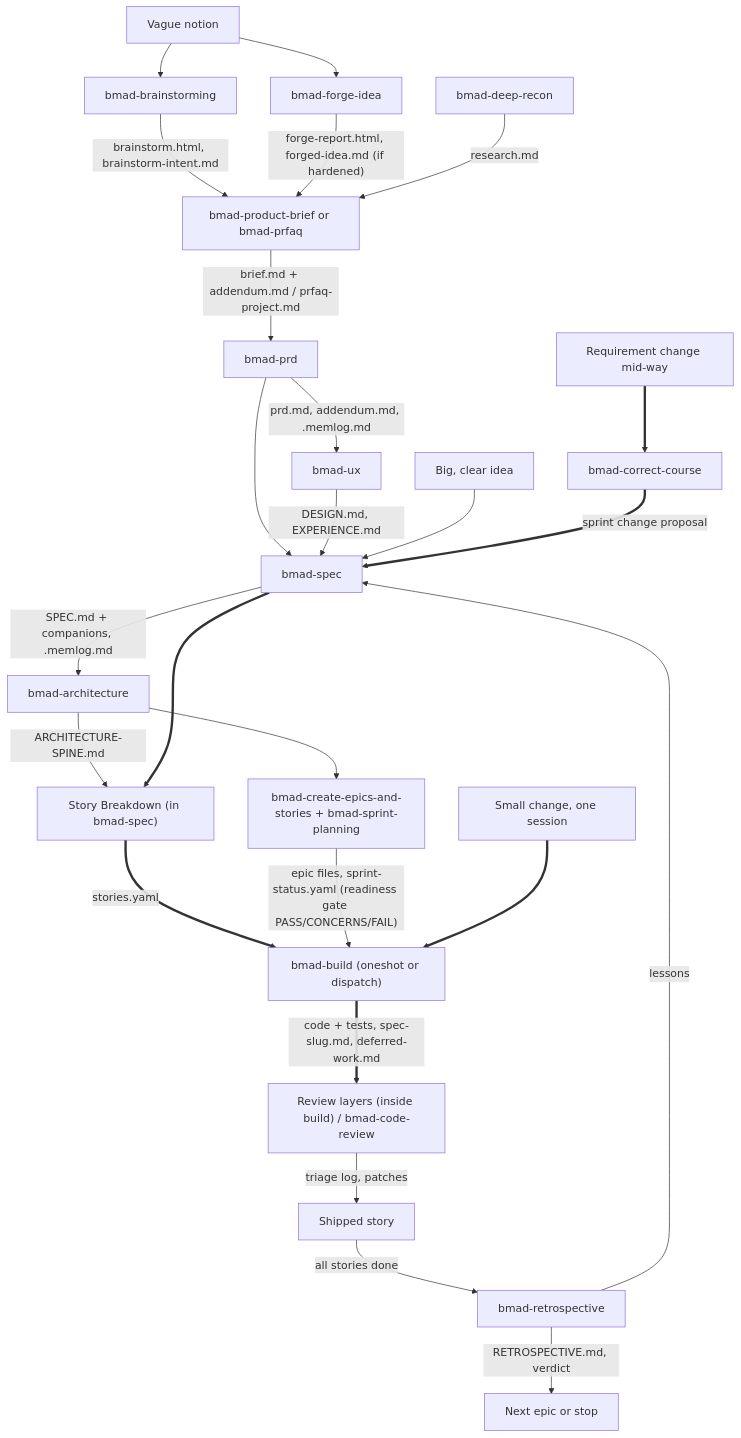
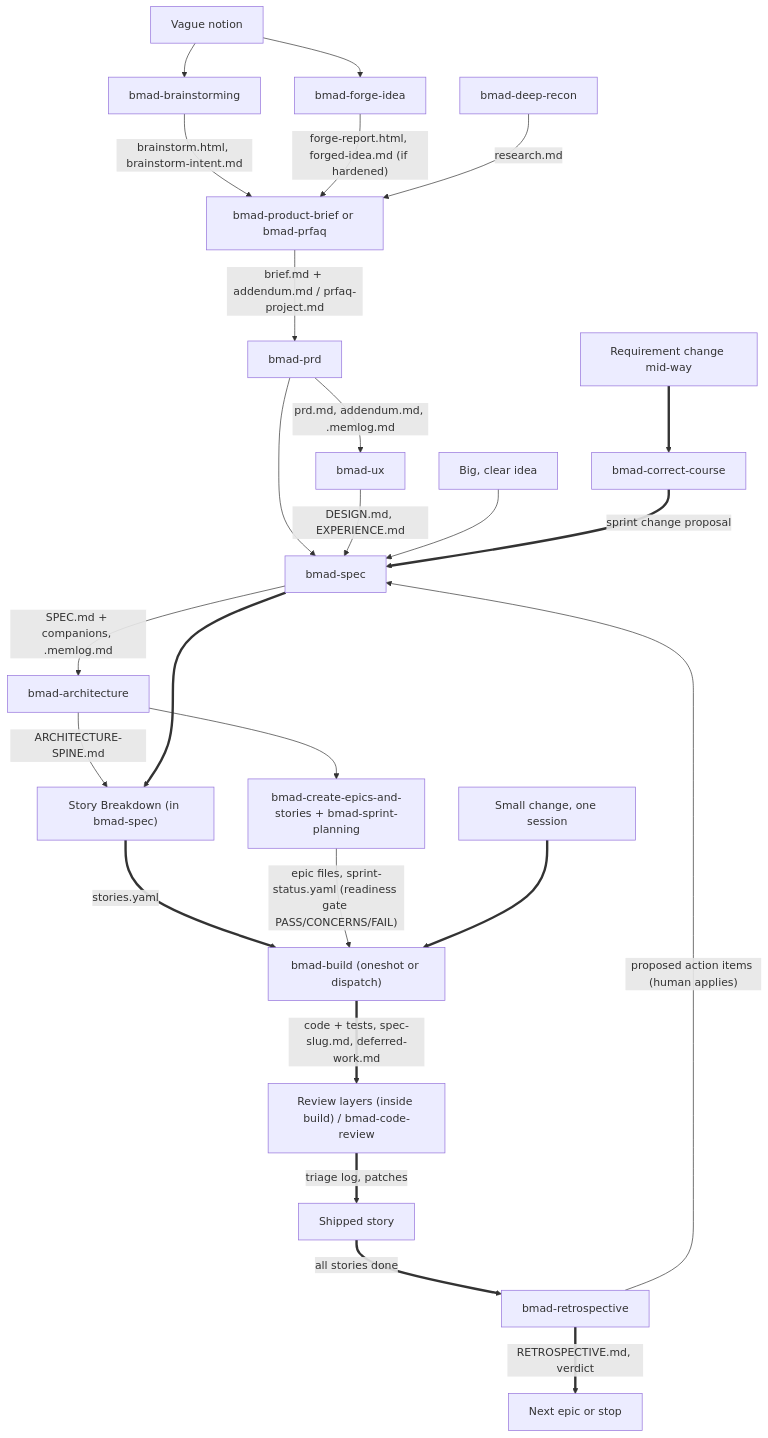
The second of 2 diagrams in docs/bmad/flow.md (ctupper/woods-walks), drawn with Mermaid before and after one commit. The commit also changed other lines of this file and 10 other files, not shown here.

````diff
--- a/docs/bmad/flow.md
+++ b/docs/bmad/flow.md
@@ -118,27 +118,27 @@
 ```mermaid
 flowchart TD
   N["Vague notion"] --> BS["bmad-brainstorming"]
   N --> FG["bmad-forge-idea"]
   BS -- "brainstorm.html, brainstorm-intent.md" --> BR
   FG -- "forge-report.html, forged-idea.md (if hardened)" --> BR
   DR["bmad-deep-recon"] -- "research.md" --> BR
   BR["bmad-product-brief or bmad-prfaq"] -- "brief.md + addendum.md / prfaq-project.md" --> PRD
   PRD["bmad-prd"] -- "prd.md, addendum.md, .memlog.md" --> UX
   PRD --> SPEC
   UX["bmad-ux"] -- "DESIGN.md, EXPERIENCE.md" --> SPEC
   BIG["Big, clear idea"] --> SPEC
   SPEC["bmad-spec"] -- "SPEC.md + companions, .memlog.md" --> ARCH
   ARCH["bmad-architecture"] -- "ARCHITECTURE-SPINE.md" --> SB
   SPEC ==> SB["Story Breakdown (in bmad-spec)"]
   SB == "stories.yaml" ==> BUILD
   ARCH --> EP["bmad-create-epics-and-stories + bmad-sprint-planning"]
   EP -- "epic files, sprint-status.yaml (readiness gate PASS/CONCERNS/FAIL)" --> BUILD
   SMALL["Small change, one session"] ==> BUILD
   BUILD["bmad-build (oneshot or dispatch)"] == "code + tests, spec-slug.md, deferred-work.md" ==> REV
-  REV["Review layers (inside build) / bmad-code-review"] -- "triage log, patches" --> DONE["Shipped story"]
-  DONE -- "all stories done" --> RETRO["bmad-retrospective"]
-  RETRO -- "RETROSPECTIVE.md, verdict" --> NEXT["Next epic or stop"]
+  REV["Review layers (inside build) / bmad-code-review"] == "triage log, patches" ==> DONE["Shipped story"]
+  DONE == "all stories done" ==> RETRO["bmad-retrospective"]
+  RETRO == "RETROSPECTIVE.md, verdict" ==> NEXT["Next epic or stop"]
   CHG["Requirement change mid-way"] ==> CC["bmad-correct-course"]
   CC == "sprint change proposal" ==> SPEC
-  RETRO -- "lessons" --> SPEC
+  RETRO -- "proposed action items (human applies)" --> SPEC
 ```
````
